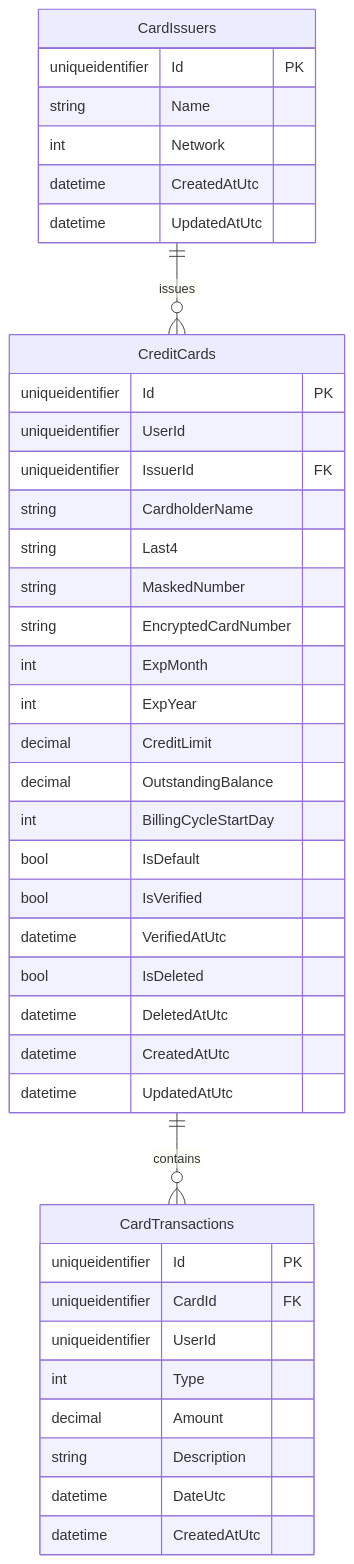
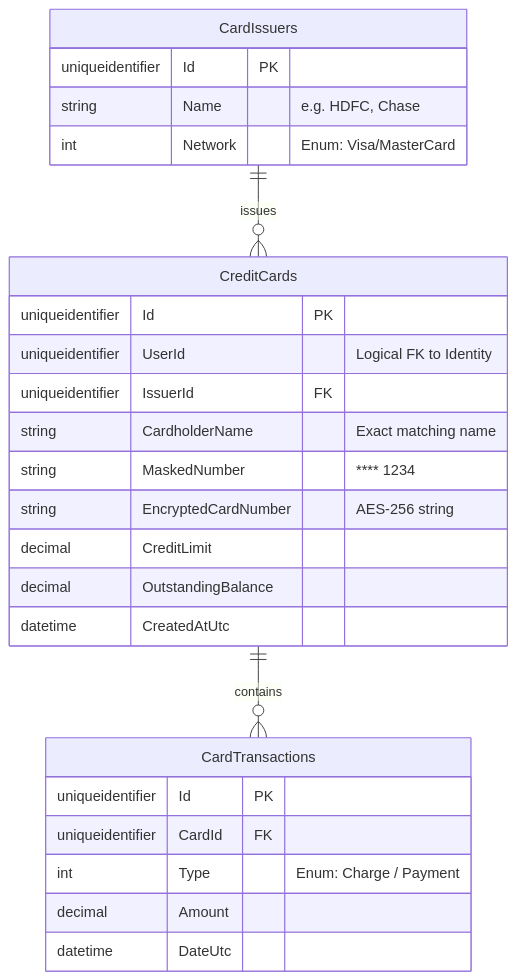
One commit to TirtharajBarma/cred-vault changed the second of 13 diagrams in src/docs/LLD.md. Above: the diagram before and after it, drawn with Mermaid. The commit also changed other lines of this file and 102 other files, not shown here.

````diff
--- a/src/docs/LLD.md
+++ b/src/docs/LLD.md
@@ -155,46 +125,31 @@
 ```mermaid
 erDiagram
     CardIssuers {
         uniqueidentifier Id PK
-        string Name
-        int Network
-        datetime CreatedAtUtc
-        datetime UpdatedAtUtc
+        string Name "e.g. HDFC, Chase"
+        int Network "Enum: Visa/MasterCard"
     }
 
     CreditCards {
         uniqueidentifier Id PK
-        uniqueidentifier UserId
+        uniqueidentifier UserId "Logical FK to Identity"
         uniqueidentifier IssuerId FK
-        string CardholderName
-        string Last4
-        string MaskedNumber
-        string EncryptedCardNumber
-        int ExpMonth
-        int ExpYear
+        string CardholderName "Exact matching name"
+        string MaskedNumber "**** 1234"
+        string EncryptedCardNumber "AES-256 string"
         decimal CreditLimit
         decimal OutstandingBalance
-        int BillingCycleStartDay
-        bool IsDefault
-        bool IsVerified
-        datetime VerifiedAtUtc
-        bool IsDeleted
-        datetime DeletedAtUtc
         datetime CreatedAtUtc
-        datetime UpdatedAtUtc
     }
 
     CardTransactions {
         uniqueidentifier Id PK
         uniqueidentifier CardId FK
-        uniqueidentifier UserId
-        int Type
+        int Type "Enum: Charge / Payment"
         decimal Amount
-        string Description
         datetime DateUtc
-        datetime CreatedAtUtc
     }
 
     CardIssuers ||--o{ CreditCards : "issues"
     CreditCards ||--o{ CardTransactions : "contains"
 ```
````
